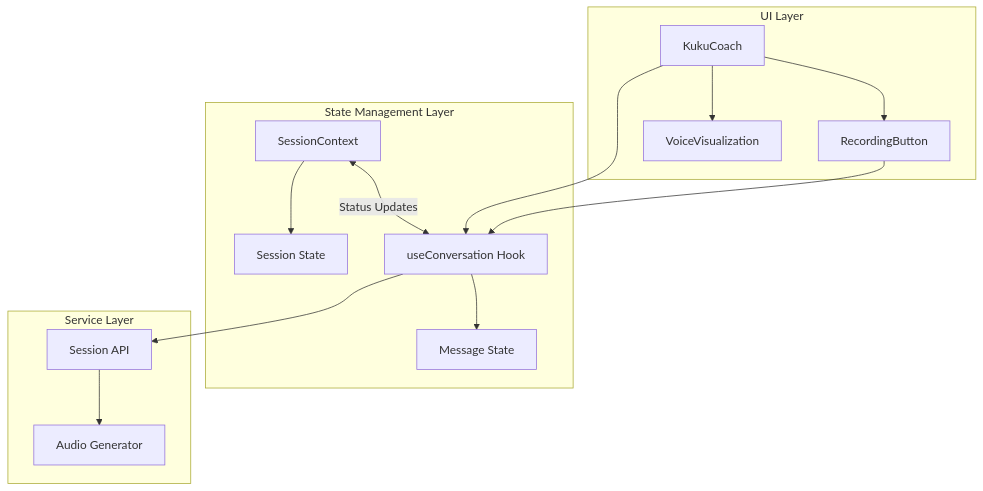
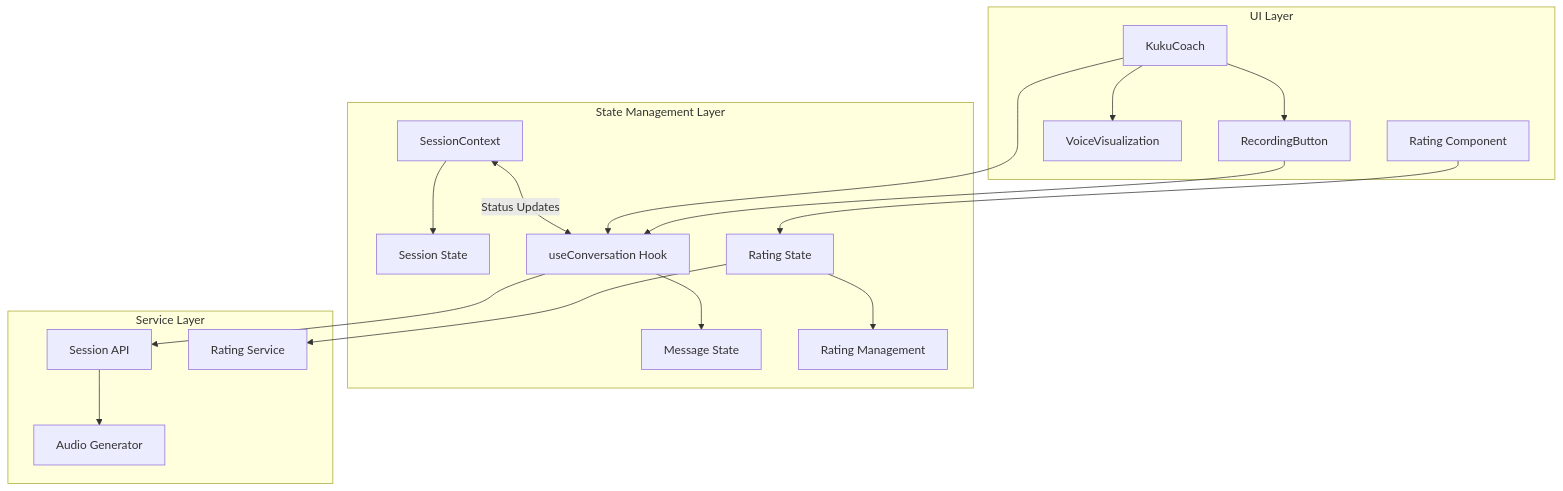
The fourth of 8 diagrams in memory-bank/systemPatterns.md (beerbear4369/design-to-reality-94), drawn with Mermaid before and after one commit. The commit also changed other lines of this file and 11 other files, not shown here.

````diff
--- a/memory-bank/systemPatterns.md
+++ b/memory-bank/systemPatterns.md
@@ -138,26 +178,31 @@
 ```mermaid
 flowchart TD
     subgraph UI Layer
         KC[KukuCoach]
         RB[RecordingButton]
         VV[VoiceVisualization]
+        RT[Rating Component]
     end
     
     subgraph State Management Layer
         SC[SessionContext] --> SS[Session State]
         UC[useConversation Hook] --> MS[Message State]
+        RC[Rating State] --> RS[Rating Management]
         SC <-- Status Updates --> UC
     end
     
     subgraph Service Layer
         API[Session API]
         AG[Audio Generator]
+        RATING[Rating Service]
     end
     
     KC --> RB
     KC --> VV
     KC --> UC
+    RT --> RC
     RB --> UC
     UC --> API
+    RC --> RATING
     API --> AG
 ```
````
